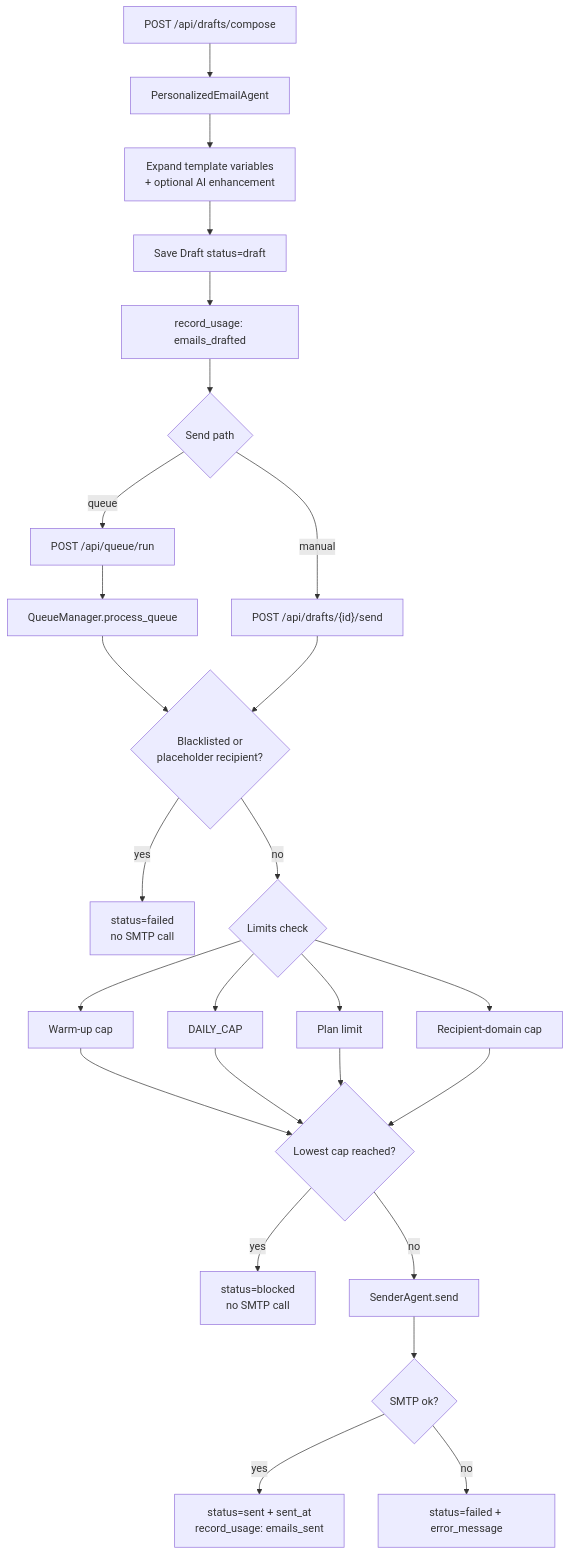
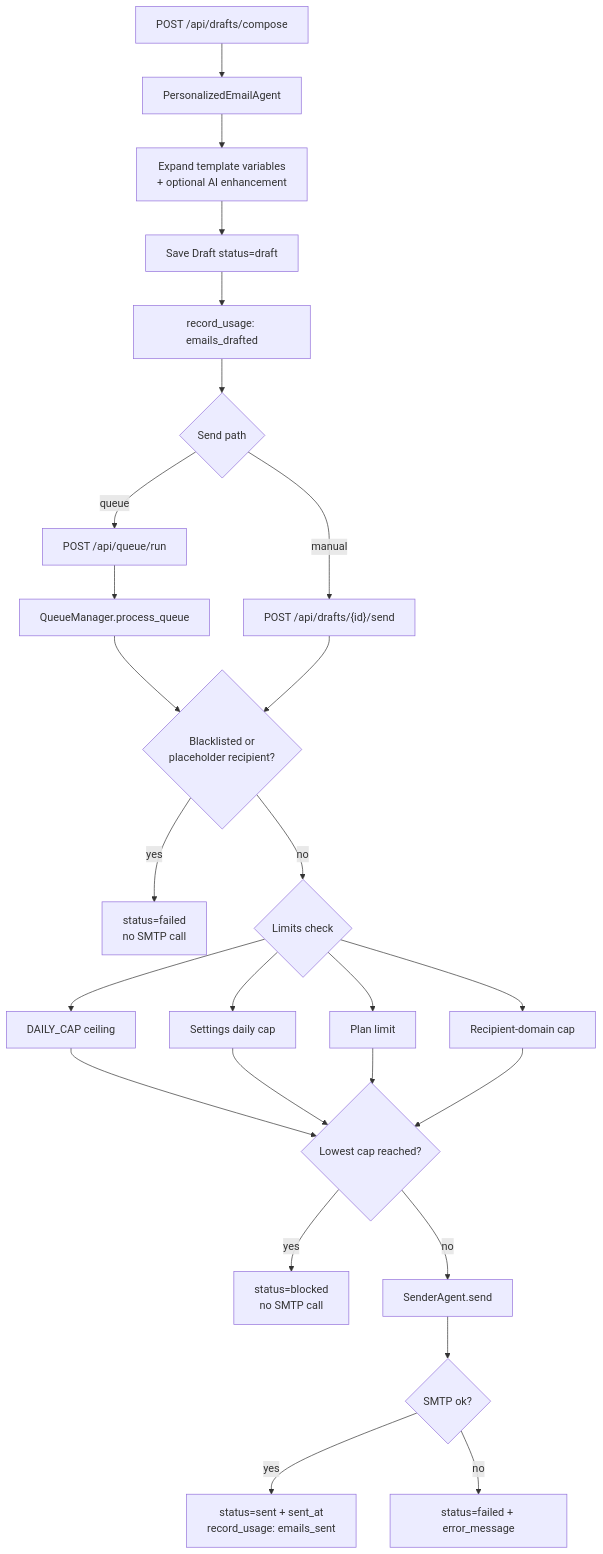
The third of 11 diagrams in docs/FLOWS.md (SurbhiMishra28/Email-Orchestrator-Agent), drawn with Mermaid before and after one commit. The commit also changed other lines of this file and 4 other files, not shown here.

````diff
--- a/docs/FLOWS.md
+++ b/docs/FLOWS.md
@@ -65,28 +65,28 @@
 ```mermaid
 flowchart TD
     A["POST /api/drafts/compose"] --> B[PersonalizedEmailAgent]
     B --> C[Expand template variables<br/>+ optional AI enhancement]
     C --> D[Save Draft status=draft]
     D --> E[record_usage: emails_drafted]
     E --> F{Send path}
     F -- manual --> G["POST /api/drafts/{id}/send"]
     F -- queue --> H["POST /api/queue/run"]
     H --> I[QueueManager.process_queue]
     I --> I2{Blacklisted or<br/>placeholder recipient?}
     G --> I2
     I2 -- yes --> I3[status=failed<br/>no SMTP call]
     I2 -- no --> J{Limits check}
-    J --> K[Warm-up cap]
-    J --> L[DAILY_CAP]
+    J --> K[DAILY_CAP ceiling]
+    J --> L[Settings daily cap]
     J --> M[Plan limit]
     J --> N[Recipient-domain cap]
     K --> O{Lowest cap reached?}
     L --> O
     M --> O
     N --> O
     O -- yes --> P[status=blocked<br/>no SMTP call]
     O -- no --> Q[SenderAgent.send]
     Q --> R{SMTP ok?}
     R -- yes --> S[status=sent + sent_at<br/>record_usage: emails_sent]
     R -- no --> T[status=failed + error_message]
 ```
````
